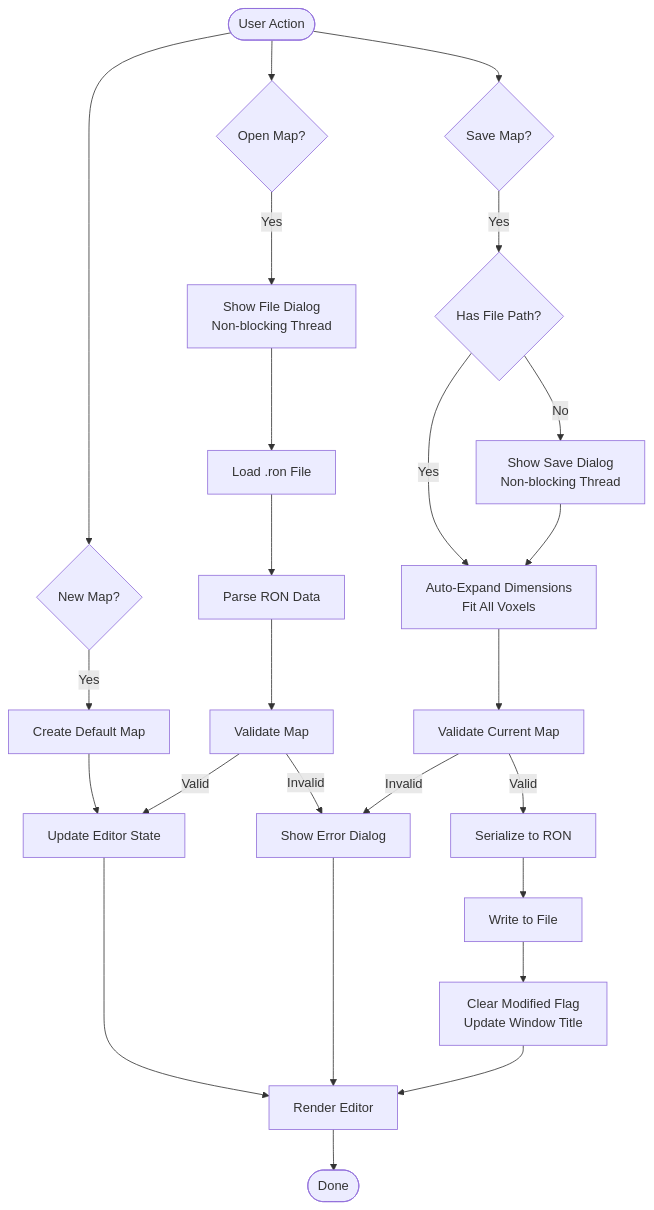
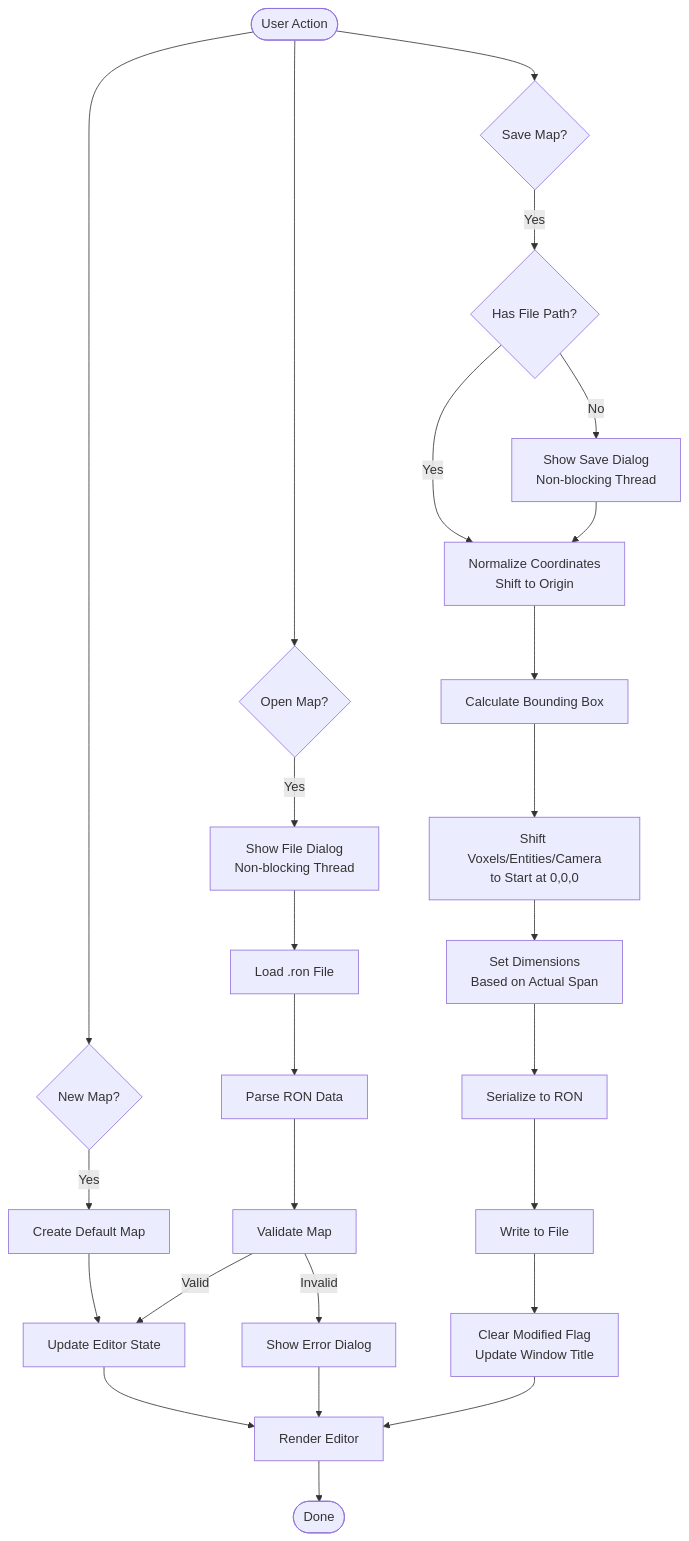
The fourth of 9 diagrams in docs/developer-guide/systems/map-editor/architecture.md (ctejada85/adrakestory), drawn with Mermaid before and after one commit. The commit also changed other lines of this file and 3 other files, not shown here.

````diff
--- a/docs/developer-guide/systems/map-editor/architecture.md
+++ b/docs/developer-guide/systems/map-editor/architecture.md
@@ -146,33 +146,34 @@
 ```mermaid
 flowchart TD
     Start([User Action])
     
     Start --> New{New Map?}
     Start --> Open{Open Map?}
     Start --> Save{Save Map?}
     
     New -->|Yes| CreateDefault[Create Default Map]
     CreateDefault --> UpdateState[Update Editor State]
     
     Open -->|Yes| ShowDialog[Show File Dialog<br/>Non-blocking Thread]
     ShowDialog --> LoadFile[Load .ron File]
     LoadFile --> Parse[Parse RON Data]
     Parse --> Validate[Validate Map]
     Validate -->|Valid| UpdateState
     Validate -->|Invalid| ShowError[Show Error Dialog]
     
     Save -->|Yes| HasPath{Has File Path?}
     HasPath -->|No| ShowSaveDialog[Show Save Dialog<br/>Non-blocking Thread]
-    HasPath -->|Yes| AutoExpand[Auto-Expand Dimensions<br/>Fit All Voxels]
-    ShowSaveDialog --> AutoExpand
-    AutoExpand --> ValidateMap[Validate Current Map]
-    ValidateMap -->|Valid| SerializeMap[Serialize to RON]
-    ValidateMap -->|Invalid| ShowError
+    HasPath -->|Yes| Normalize[Normalize Coordinates<br/>Shift to Origin]
+    ShowSaveDialog --> Normalize
+    Normalize --> CalcBounds[Calculate Bounding Box]
+    CalcBounds --> ShiftCoords[Shift Voxels/Entities/Camera<br/>to Start at 0,0,0]
+    ShiftCoords --> SetDimensions[Set Dimensions<br/>Based on Actual Span]
+    SetDimensions --> SerializeMap[Serialize to RON]
     SerializeMap --> WriteFile[Write to File]
     WriteFile --> ClearDirty[Clear Modified Flag<br/>Update Window Title]
     
     UpdateState --> Render[Render Editor]
     ShowError --> Render
     ClearDirty --> Render
     Render --> End([Done])
 ```
````
